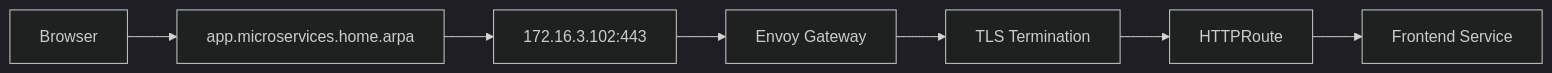
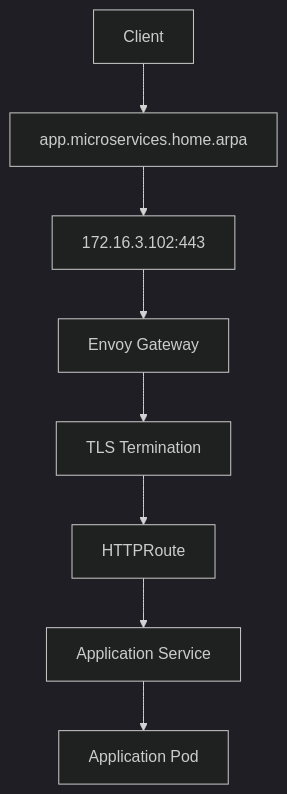
The ninth of 18 diagrams in docs/03-gateway-api/README.md (ahmed-sayed-devops/microservices-platform-gitops), drawn with Mermaid (dark theme) before and after one commit. The commit also changed other lines of this file, not shown here.

Commit message:
docs: update Gateway API documentation with TLS

````diff
--- a/docs/03-gateway-api/README.md
+++ b/docs/03-gateway-api/README.md
@@ -710,17 +489,19 @@
 ```mermaid
-graph LR
-    Client[Browser]
-    DNS[app.microservices.home.arpa]
-    VIP[172.16.3.102:443]
-    Envoy[Envoy Gateway]
-    TLS[TLS Termination]
-    Route[HTTPRoute]
-    Frontend[Frontend Service]
+graph TD
+    CLIENT["Client"]
+    HOST["app.microservices.home.arpa"]
+    VIP["172.16.3.102:443"]
+    ENVOY["Envoy Gateway"]
+    TLS["TLS Termination"]
+    ROUTE["HTTPRoute"]
+    SERVICE["Application Service"]
+    POD["Application Pod"]
 
-    Client --> DNS
-    DNS --> VIP
-    VIP --> Envoy
-    Envoy --> TLS
-    TLS --> Route
-    Route --> Frontend
+    CLIENT --> HOST
+    HOST --> VIP
+    VIP --> ENVOY
+    ENVOY --> TLS
+    TLS --> ROUTE
+    ROUTE --> SERVICE
+    SERVICE --> POD
 ```
````
